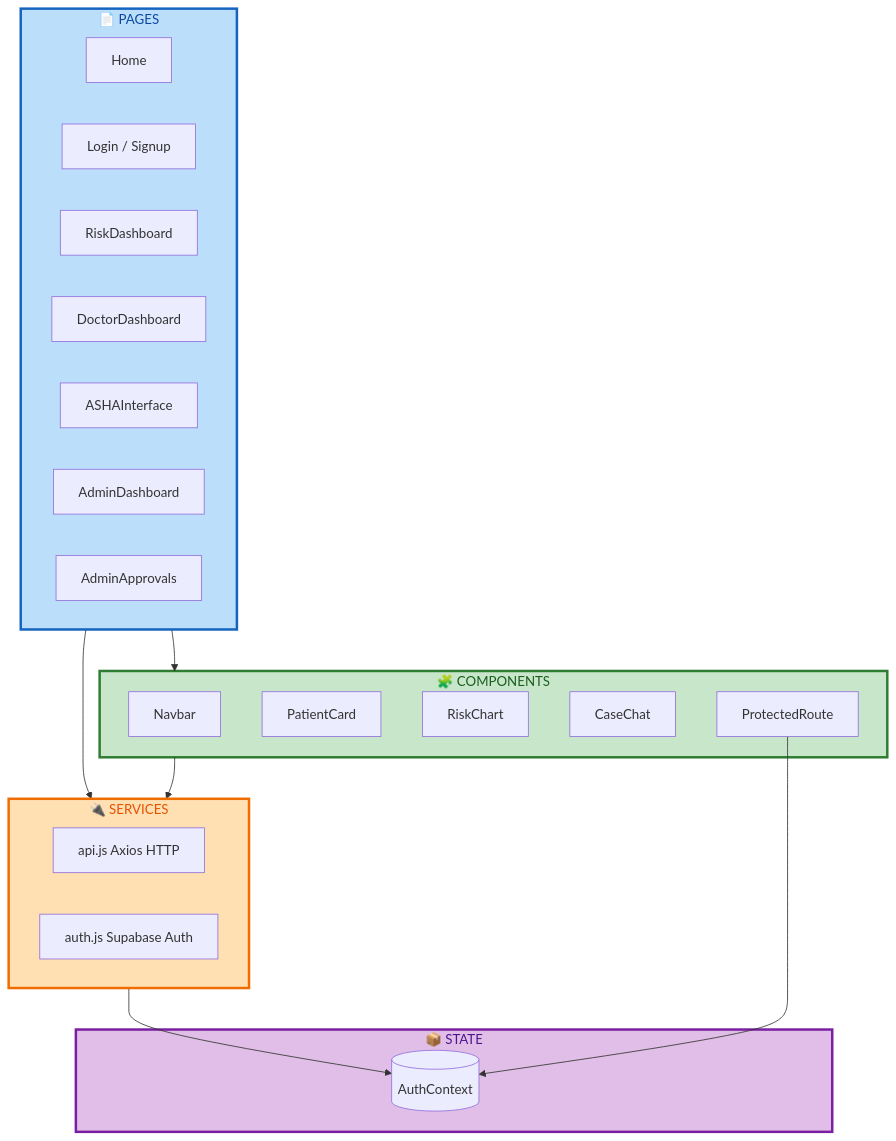
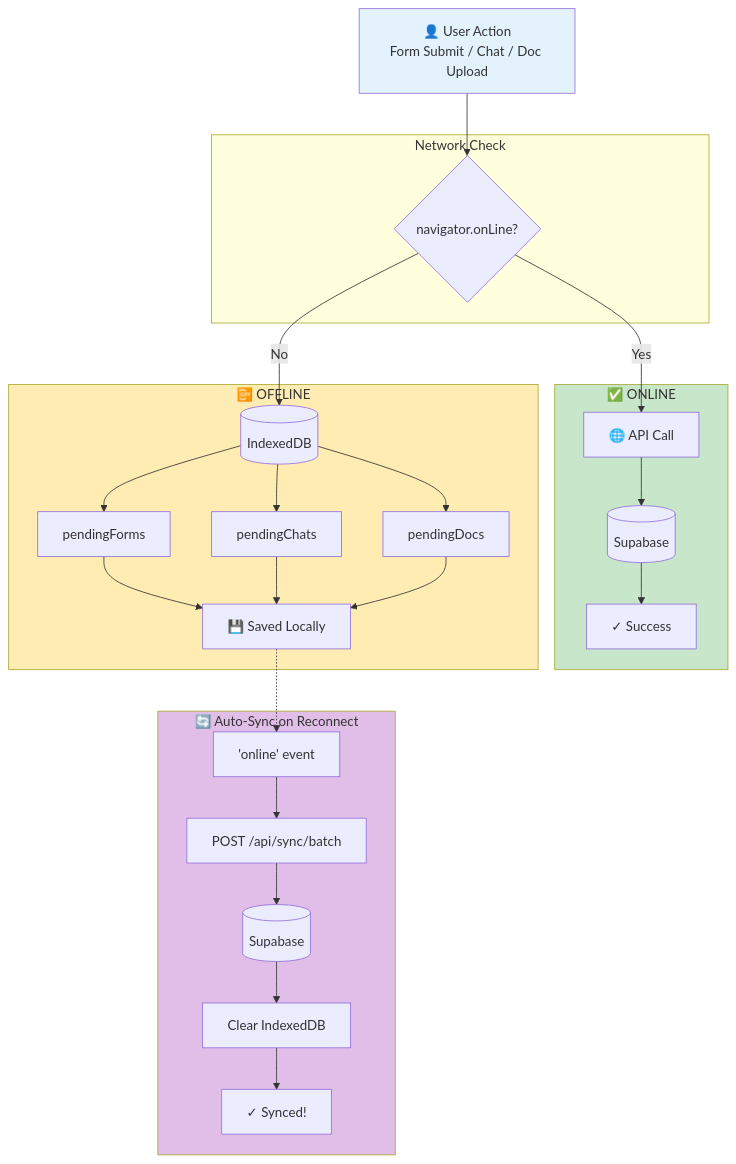
The third of 4 diagrams in README.md (AIUtsavBot/aanchal_ai), drawn with Mermaid before and after one commit. The commit also changed other lines of this file and 1 other file, not shown here.

````diff
--- a/README.md
+++ b/README.md
@@ -181,40 +203,54 @@
 ```mermaid
 flowchart TB
-    subgraph PAGES[" 📄 PAGES "]
-        Home["Home"]
-        Auth["Login / Signup"]
-        RiskPage["RiskDashboard"]
-        DocPage["DoctorDashboard"]
-        ASHAPage["ASHAInterface"]
-        AdminPage["AdminDashboard"]
-        Approvals["AdminApprovals"]
+    Action["👤 User Action<br/>Form Submit / Chat / Doc Upload"]
+    
+    subgraph CHECK["Network Check"]
+        Online{"navigator.onLine?"}
     end
-
-    subgraph COMPONENTS[" 🧩 COMPONENTS "]
-        Nav["Navbar"]
-        Cards["PatientCard"]
-        Charts["RiskChart"]
-        Chat["CaseChat"]
-        Protected["ProtectedRoute"]
+    
+    subgraph ONLINE_PATH["✅ ONLINE"]
+        API["🌐 API Call"]
+        SB1[("Supabase")]
+        Success["✓ Success"]
     end
-
-    subgraph SERVICES[" 🔌 SERVICES "]
-        ApiSvc["api.js Axios HTTP"]
-        AuthJsSvc["auth.js Supabase Auth"]
+    
+    subgraph OFFLINE_PATH["📴 OFFLINE"]
+        IDB[("IndexedDB")]
+        PF["pendingForms"]
+        PC["pendingChats"]
+        PD["pendingDocs"]
+        Saved["💾 Saved Locally"]
     end
-
-    subgraph STATE[" 📦 STATE "]
-        AuthCtx[("AuthContext")]
+    
+    subgraph SYNC["🔄 Auto-Sync on Reconnect"]
+        Event["'online' event"]
+        Batch["POST /api/sync/batch"]
+        SB2[("Supabase")]
+        Clear["Clear IndexedDB"]
+        Done["✓ Synced!"]
     end
-
-    PAGES --> COMPONENTS
-    PAGES --> SERVICES
-    COMPONENTS --> SERVICES
-    SERVICES --> AuthCtx
-    Protected --> AuthCtx
-
-    style PAGES fill:#bbdefb,stroke:#1565c0,stroke-width:3px,color:#0d47a1
-    style COMPONENTS fill:#c8e6c9,stroke:#2e7d32,stroke-width:3px,color:#1b5e20
-    style SERVICES fill:#ffe0b2,stroke:#ef6c00,stroke-width:3px,color:#e65100
-    style STATE fill:#e1bee7,stroke:#7b1fa2,stroke-width:3px,color:#4a148c
+    
+    Action --> Online
+    Online -->|Yes| API
+    API --> SB1
+    SB1 --> Success
+    
+    Online -->|No| IDB
+    IDB --> PF
+    IDB --> PC
+    IDB --> PD
+    PF --> Saved
+    PC --> Saved
+    PD --> Saved
+    
+    Saved -.-> Event
+    Event --> Batch
+    Batch --> SB2
+    SB2 --> Clear
+    Clear --> Done
+    
+    style Action fill:#e3f2fd
+    style ONLINE_PATH fill:#c8e6c9
+    style OFFLINE_PATH fill:#ffecb3
+    style SYNC fill:#e1bee7
 ```
````
